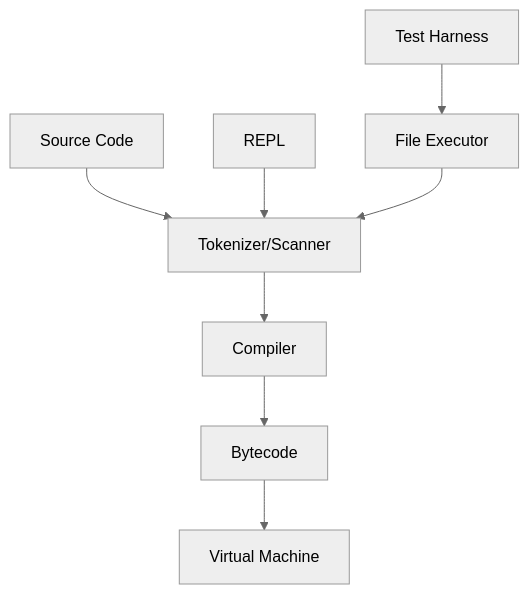
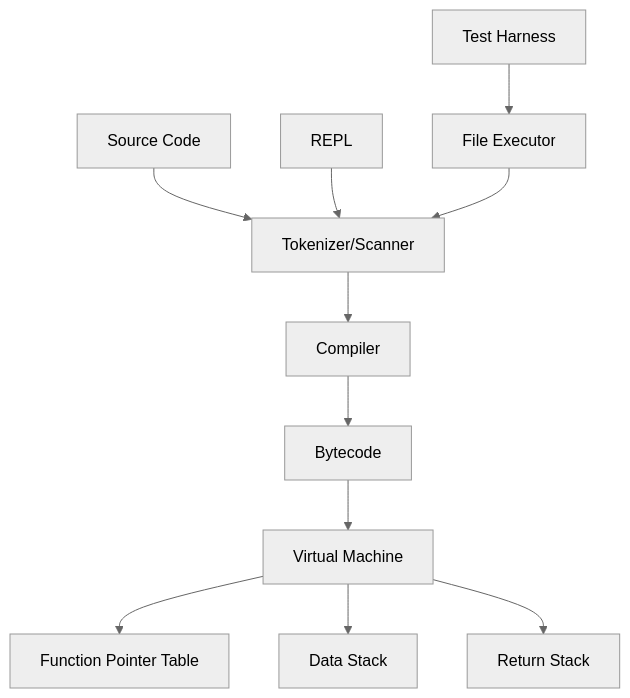
The diagram in cline_docs/system_patterns.md (erochest/tardi), drawn with Mermaid (neutral theme) before and after one commit. The commit also changed other lines of this file and 3 other files, not shown here.

Commit message:
planned core VM architecture

````diff
--- a/cline_docs/system_patterns.md
+++ b/cline_docs/system_patterns.md
@@ -25,10 +37,13 @@
 ```mermaid
 graph TD
     A[Source Code] --> B[Tokenizer/Scanner]
     B --> C[Compiler]
     C --> D[Bytecode]
     D --> E[Virtual Machine]
-    F[REPL] --> B
-    G[File Executor] --> B
-    H[Test Harness] --> G
+    E --> F[Function Pointer Table]
+    E --> G[Data Stack]
+    E --> H[Return Stack]
+    I[REPL] --> B
+    J[File Executor] --> B
+    K[Test Harness] --> J
 ```
````
